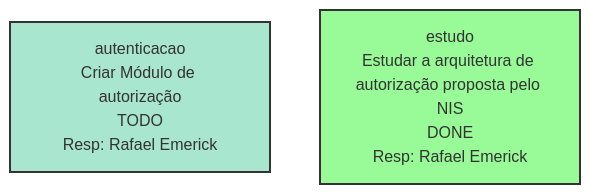
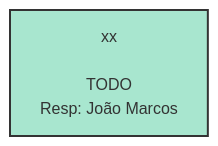
The diagram in example/docs/management/sprints/estudo.md (the-made-project/leds-tools-made-gestao), drawn with Mermaid before and after one commit. The commit also changed other lines of this file and 36 other files, not shown here.

````diff
--- a/example/docs/management/sprints/estudo.md
+++ b/example/docs/management/sprints/estudo.md
@@ -31,9 +28,8 @@
 ```mermaid
 graph TD
     classDef sprint fill:#a8e6cf,stroke:#333,stroke-width:2px;
     classDef external fill:#ffd3b6,stroke:#333,stroke-width:2px;
     classDef pending fill:#ff8b94,stroke:#333,stroke-width:2px;
     classDef done fill:#98fb98,stroke:#333,stroke-width:2px;
-    autenticacao["autenticacao\nCriar Módulo de autorização\nTODO\nResp: Rafael Emerick"]:::sprint
-    estudo["estudo\nEstudar a arquitetura de autorização proposta pelo NIS\nDONE\nResp: Rafael Emerick"]:::done
+    xx["xx\n\nTODO\nResp: João Marcos "]:::sprint
 ```
````
